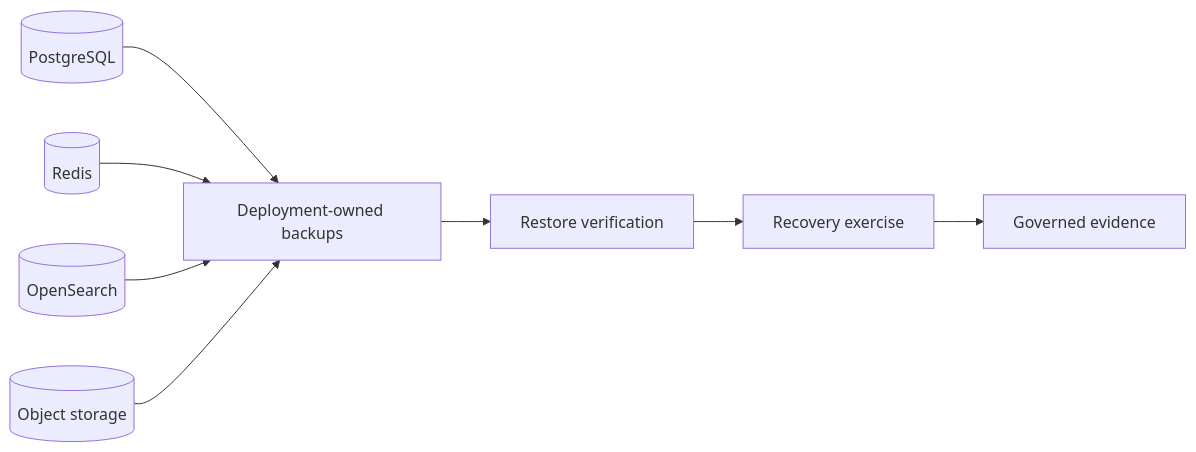
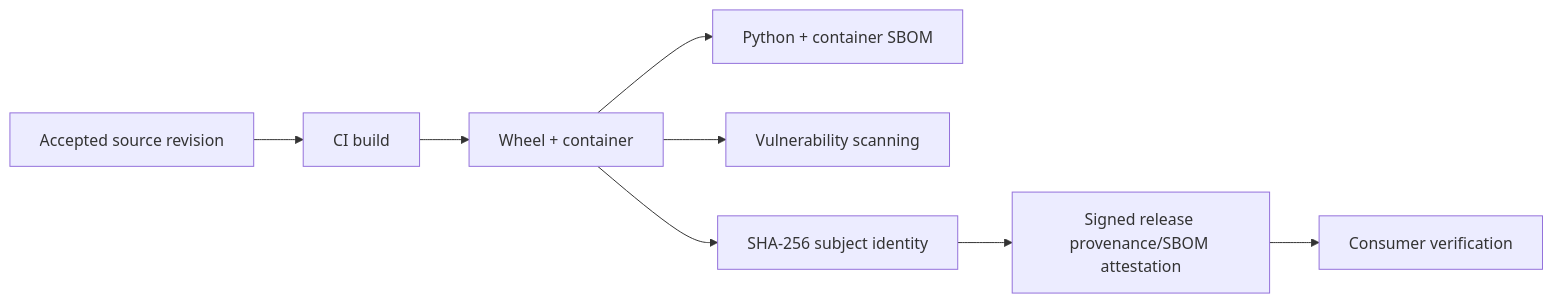
One commit to GJvManen/dtmo changed the second of 2 diagrams in docs/roadmap/PLATFORM_INDUSTRIALISATION_ROADMAP.md. Above: the diagram before and after it, drawn with Mermaid. The commit also changed other lines of this file, not shown here.

Commit message:
Advance roadmap to Phase 11.8g supply-chain hardening

````diff
--- a/docs/roadmap/PLATFORM_INDUSTRIALISATION_ROADMAP.md
+++ b/docs/roadmap/PLATFORM_INDUSTRIALISATION_ROADMAP.md
@@ -125,10 +132,10 @@
 ```mermaid
 flowchart LR
-    PG[(PostgreSQL)] --> B[Deployment-owned backups]
-    REDIS[(Redis)] --> B
-    OS[(OpenSearch)] --> B
-    OBJ[(Object storage)] --> B
-    B --> R[Restore verification]
-    R --> X[Recovery exercise]
-    X --> E[Governed evidence]
+    S[Accepted source revision] --> B[CI build]
+    B --> A[Wheel + container]
+    A --> SB[Python + container SBOM]
+    A --> V[Vulnerability scanning]
+    A --> H[SHA-256 subject identity]
+    H --> P[Signed release provenance/SBOM attestation]
+    P --> X[Consumer verification]
 ```
````
